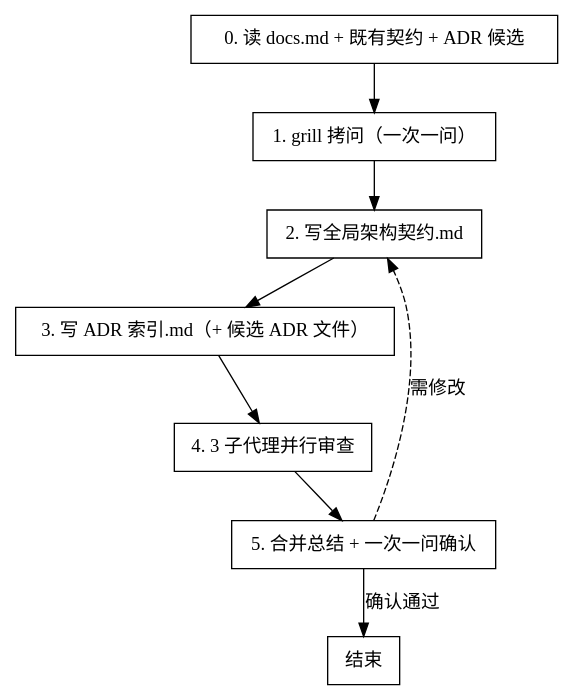
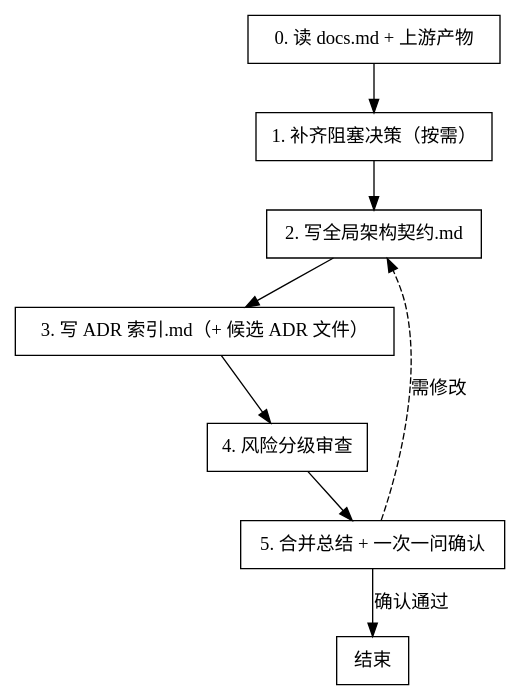
One commit to marcocpt/trae_skills changed the second of 2 diagrams in dd-write-architecture-contract/SKILL.md. Above: the diagram before and after it, drawn with Graphviz. The commit also changed other lines of this file and 2 other files, not shown here.

Commit message:
refactor(skills): align architecture quality and host rules

````diff
--- a/dd-write-architecture-contract/SKILL.md
+++ b/dd-write-architecture-contract/SKILL.md
@@ -84,13 +106,13 @@
 ```dot
 digraph write_contract {
     rankdir=TB;
     node [shape=box];
-    "0. 读 docs.md + 既有契约 + ADR 候选" -> "1. grill 拷问（一次一问）";
-    "1. grill 拷问（一次一问）" -> "2. 写全局架构契约.md";
+    "0. 读 docs.md + 上游产物" -> "1. 补齐阻塞决策（按需）";
+    "1. 补齐阻塞决策（按需）" -> "2. 写全局架构契约.md";
     "2. 写全局架构契约.md" -> "3. 写 ADR 索引.md（+ 候选 ADR 文件）";
-    "3. 写 ADR 索引.md（+ 候选 ADR 文件）" -> "4. 3 子代理并行审查";
-    "4. 3 子代理并行审查" -> "5. 合并总结 + 一次一问确认";
+    "3. 写 ADR 索引.md（+ 候选 ADR 文件）" -> "4. 风险分级审查";
+    "4. 风险分级审查" -> "5. 合并总结 + 一次一问确认";
     "5. 合并总结 + 一次一问确认" -> "结束" [label="确认通过"];
     "5. 合并总结 + 一次一问确认" -> "2. 写全局架构契约.md" [label="需修改", style=dashed];
 }
 ```
````
